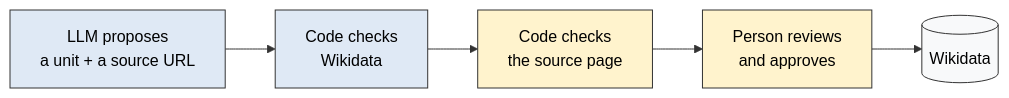
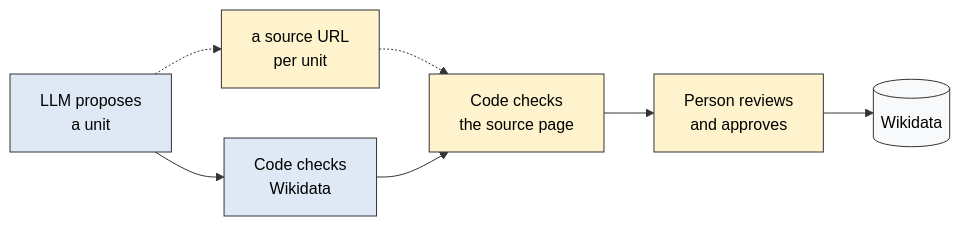
One commit to ipeirotis-org/academiabot changed the second of 2 diagrams in README.md. Above: the diagram before and after it, drawn with Mermaid. The commit also changed other lines of this file and 6 other files, not shown here.

````diff
--- a/README.md
+++ b/README.md
@@ -33,12 +33,15 @@
 ```mermaid
 flowchart LR
-    L[LLM proposes<br/>a unit + a source URL] --> C[Code checks<br/>Wikidata]
+    L[LLM proposes<br/>a unit] --> C[Code checks<br/>Wikidata]
+    L -.-> U[a source URL<br/>per unit]
+    U -.-> V
     C --> V[Code checks<br/>the source page]
     V --> H[Person reviews<br/>and approves]
     H --> W[(Wikidata)]
     style L fill:#dfe9f5,stroke:#333,color:#000
     style C fill:#dfe9f5,stroke:#333,color:#000
+    style U fill:#fff3cd,stroke:#333,color:#000
     style V fill:#fff3cd,stroke:#333,color:#000
     style H fill:#fff3cd,stroke:#333,color:#000
     style W fill:#f8f9fa,stroke:#333,color:#000
 ```
````
